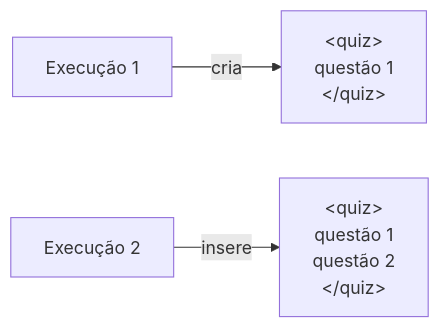
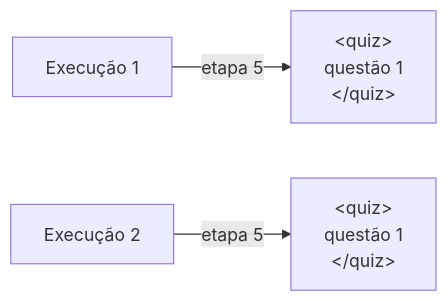
One commit to TUTOR-IA-Makers/tutor-ia changed the third of 5 diagrams in docs/architecture/pipeline.md. Above: the diagram before and after it, drawn with Mermaid. The commit also changed other lines of this file and 14 other files, not shown here.

````diff
--- a/docs/architecture/pipeline.md
+++ b/docs/architecture/pipeline.md
@@ -119,5 +140,5 @@
 ```mermaid
 flowchart LR
-    A["Execução 1"] -->|cria| F1["&lt;quiz&gt;<br/>questão 1<br/>&lt;/quiz&gt;"]
-    B["Execução 2"] -->|insere| F2["&lt;quiz&gt;<br/>questão 1<br/>questão 2<br/>&lt;/quiz&gt;"]
+    A["Execução 1"] -->|etapa 5| F1["&lt;quiz&gt;<br/>questão 1<br/>&lt;/quiz&gt;"]
+    B["Execução 2"] -->|etapa 5| F2["&lt;quiz&gt;<br/>questão 1<br/>&lt;/quiz&gt;"]
 ```
````
